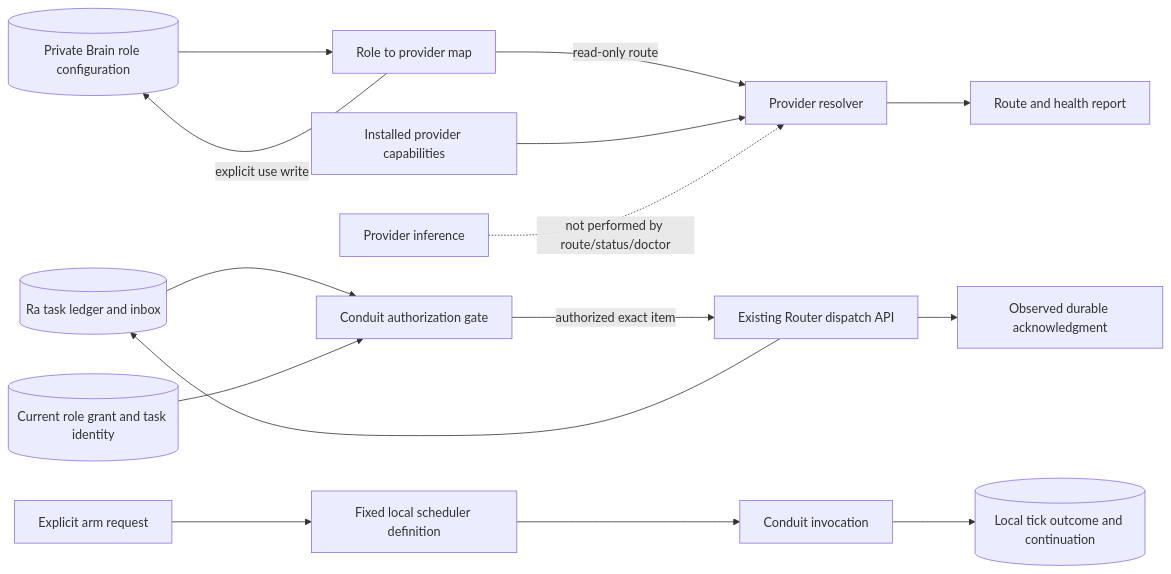
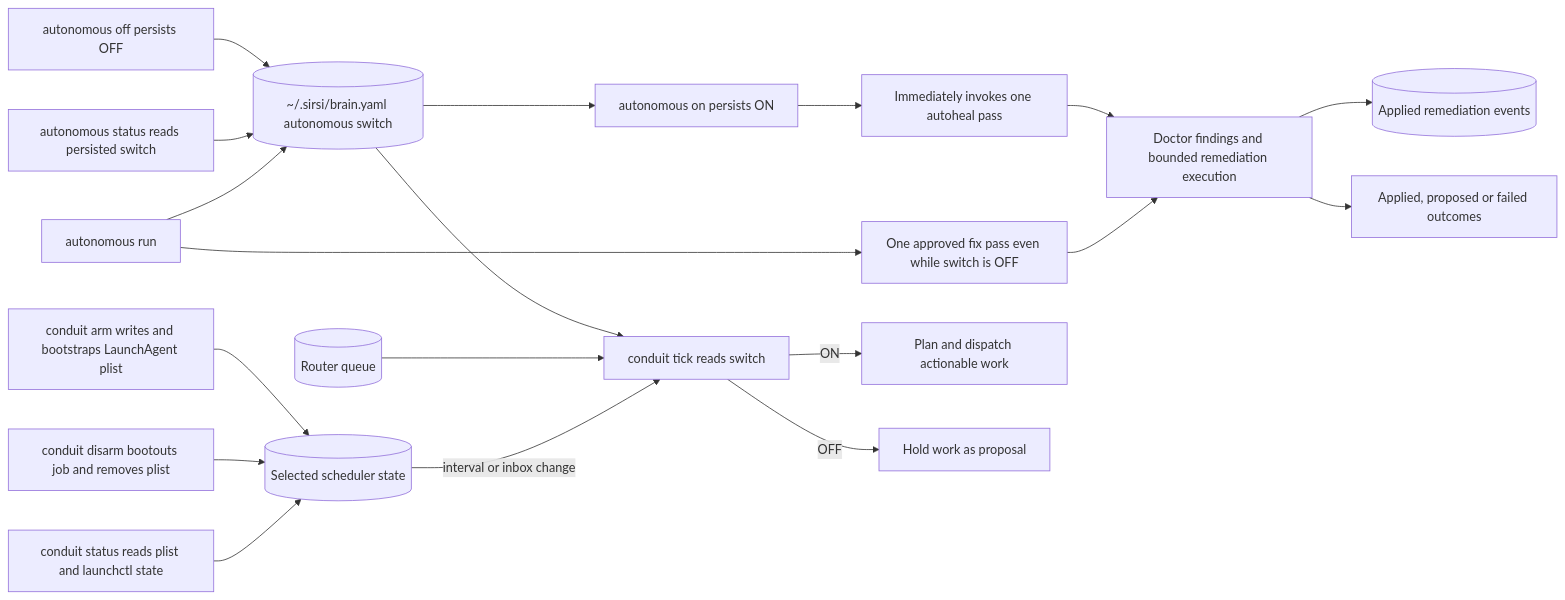
Before and after one commit to SirsiMaster/sirsi-pantheon: diagram 29 of 45 in docs/stacklab/pantheon-pt/canon/DIAGRAMS_PRODUCT_OPERATIONS.md, drawn with Mermaid. The commit also changed other lines of this file and 2 other files, not shown here.

Commit message:
docs(stacklab): align workflow diagrams with actual effects and recovery

````diff
--- a/docs/stacklab/pantheon-pt/canon/DIAGRAMS_PRODUCT_OPERATIONS.md
+++ b/docs/stacklab/pantheon-pt/canon/DIAGRAMS_PRODUCT_OPERATIONS.md
@@ -764,17 +821,21 @@
 ```mermaid
 flowchart LR
-  CFG[(Private Brain role configuration)] --> ROLE[Role to provider map]
-  ROLE -->|read-only route| PROVIDER[Provider resolver]
-  ROLE -->|explicit use write| CFG
-  PROVIDERS[Installed provider capabilities] --> PROVIDER
-  PROVIDER --> REPORT[Route and health report]
-  QUEUE[(Ra task ledger and inbox)] --> GATE[Conduit authorization gate]
-  GRANTS[(Current role grant and task identity)] --> GATE
-  GATE -->|authorized exact item| DISPATCH[Existing Router dispatch API]
-  DISPATCH --> QUEUE
-  DISPATCH --> ACK[Observed durable acknowledgment]
-  ARM[Explicit arm request] --> PLIST[Fixed local scheduler definition]
-  PLIST --> TICK[Conduit invocation]
-  TICK --> JOURNAL[(Local tick outcome and continuation)]
-  MODEL[Provider inference] -. not performed by route/status/doctor .-> PROVIDER
+  MODE[(~/.sirsi/brain.yaml autonomous switch)] --> ON[autonomous on persists ON]
+  ON --> IMMEDIATE[Immediately invokes one autoheal pass]
+  OFF[autonomous off persists OFF] --> MODE
+  STATUS[autonomous status reads persisted switch] --> MODE
+  RUN[autonomous run] --> APPROVED[One approved fix pass even while switch is OFF]
+  RUN --> MODE
+  IMMEDIATE --> AUTOHEAL[Doctor findings and bounded remediation execution]
+  APPROVED --> AUTOHEAL
+  AUTOHEAL --> STELE[(Applied remediation events)]
+  AUTOHEAL --> OUTCOME[Applied, proposed or failed outcomes]
+  MODE --> TICK[conduit tick reads switch]
+  QUEUE[(Router queue)] --> TICK
+  TICK -->|ON| DISPATCH[Plan and dispatch actionable work]
+  TICK -->|OFF| PROPOSAL[Hold work as proposal]
+  ARM[conduit arm writes and bootstraps LaunchAgent plist] --> SCHED[(Selected scheduler state)]
+  DISARM[conduit disarm bootouts job and removes plist] --> SCHED
+  STATUS2[conduit status reads plist and launchctl state] --> SCHED
+  SCHED -->|interval or inbox change| TICK
 ```
````
